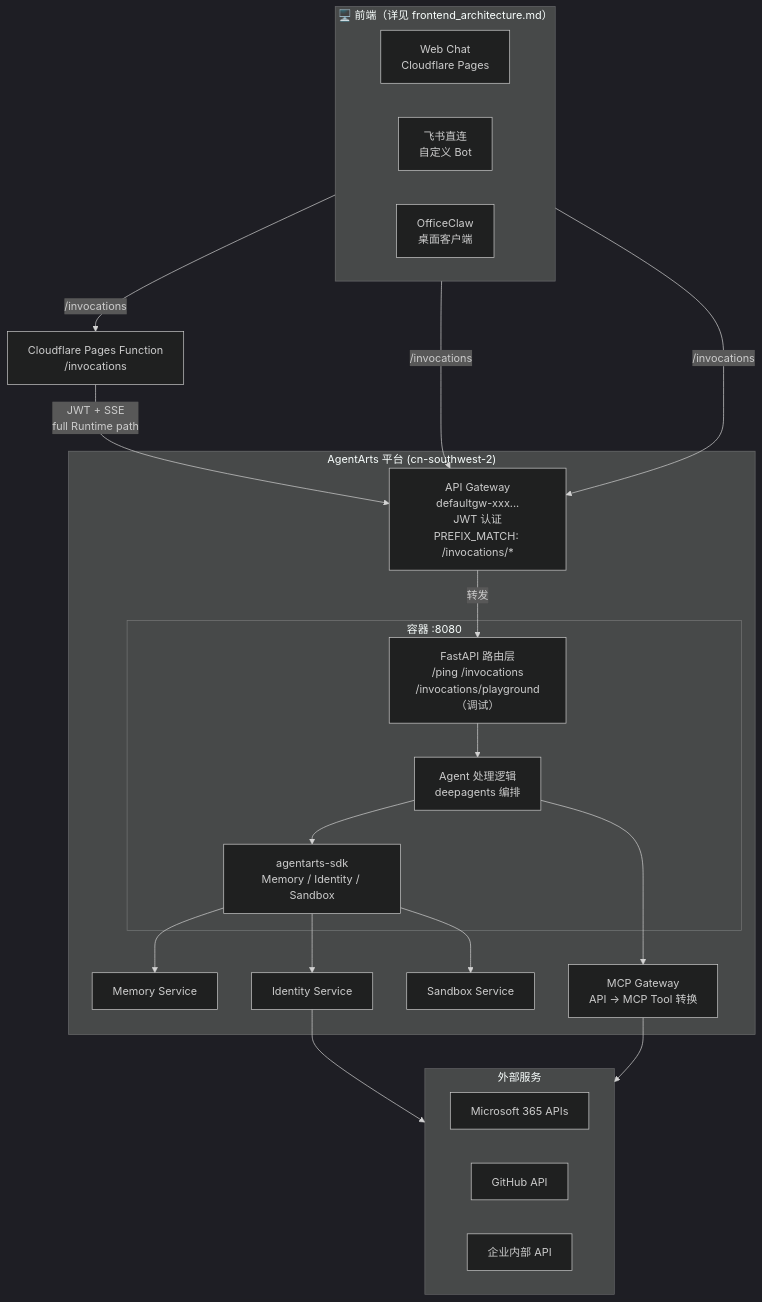
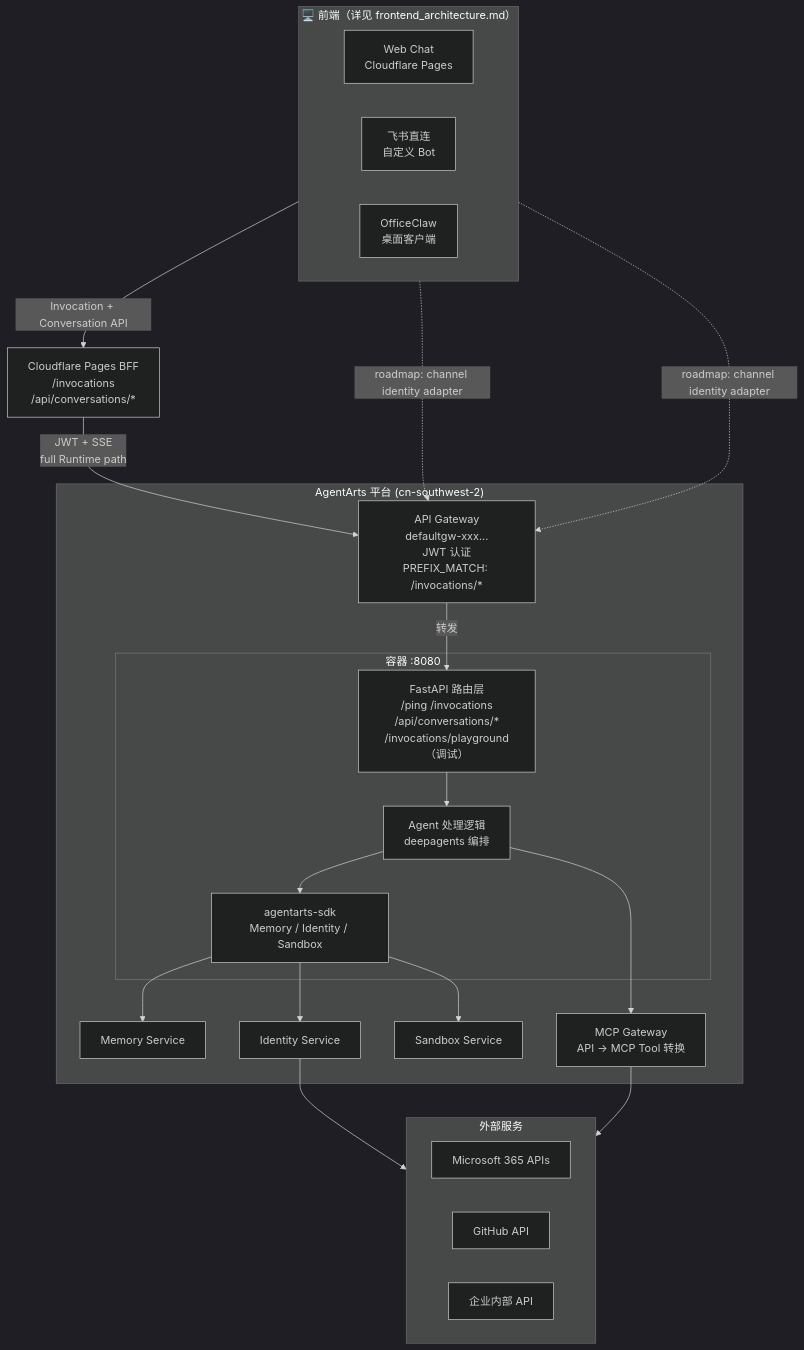
One commit to T-1009/personal-assistant changed the first of 7 diagrams in personal-assistant-meta/architecture/overall_architecture.md. Above: the diagram before and after it, drawn with Mermaid (dark theme). The commit also changed other lines of this file and 105 other files, not shown here.

First line of the commit message:
feat: implement multi-session runtime pre-warm with session cookies, conversation API, and sidebar UI

````diff
--- a/personal-assistant-meta/architecture/overall_architecture.md
+++ b/personal-assistant-meta/architecture/overall_architecture.md
@@ -11,43 +13,43 @@
 ```mermaid
 flowchart TB
     subgraph Frontends["🖥️ 前端（详见 frontend_architecture.md）"]
         direction LR
         WebChat["Web Chat<br/>Cloudflare Pages"]
         Feishu["飞书直连<br/>自定义 Bot"]
         OC["OfficeClaw<br/>桌面客户端"]
     end
 
-    PagesFunction["Cloudflare Pages Function<br/>/invocations"]
+    PagesFunction["Cloudflare Pages BFF<br/>/invocations<br/>/api/conversations/*"]
 
     subgraph AgentArts["AgentArts 平台 (cn-southwest-2)"]
         APIGW["API Gateway<br/>defaultgw-xxx...<br/>JWT 认证<br/>PREFIX_MATCH: /invocations/*"]
         subgraph Container["容器 :8080"]
-            Routes["FastAPI 路由层<br/>/ping /invocations<br/>/invocations/playground（调试）"]
+            Routes["FastAPI 路由层<br/>/ping /invocations<br/>/api/conversations/*<br/>/invocations/playground（调试）"]
             Handler["Agent 处理逻辑<br/>deepagents 编排"]
             SDK["agentarts-sdk<br/>Memory / Identity / Sandbox"]
         end
         MemorySvc["Memory Service"]
         IdentitySvc["Identity Service"]
         SandboxSvc["Sandbox Service"]
         MCPGW["MCP Gateway<br/>API → MCP Tool 转换"]
     end
 
     subgraph External["外部服务"]
         Microsoft365API["Microsoft 365 APIs"]
         GitHubAPI["GitHub API"]
         InternalAPI["企业内部 API"]
     end
 
-    WebChat -->|"/invocations"| PagesFunction
+    WebChat -->|"Invocation + Conversation API"| PagesFunction
     PagesFunction -->|"JWT + SSE<br/>full Runtime path"| APIGW
-    Feishu -->|"/invocations"| APIGW
-    OC -->|"/invocations"| APIGW
+    Feishu -. "roadmap: channel identity adapter" .-> APIGW
+    OC -. "roadmap: channel identity adapter" .-> APIGW
     APIGW -->|"转发"| Routes
     Routes --> Handler
     Handler --> SDK
     SDK --> MemorySvc
     SDK --> IdentitySvc
     SDK --> SandboxSvc
     Handler --> MCPGW --> External
     IdentitySvc --> External
 ```
````
